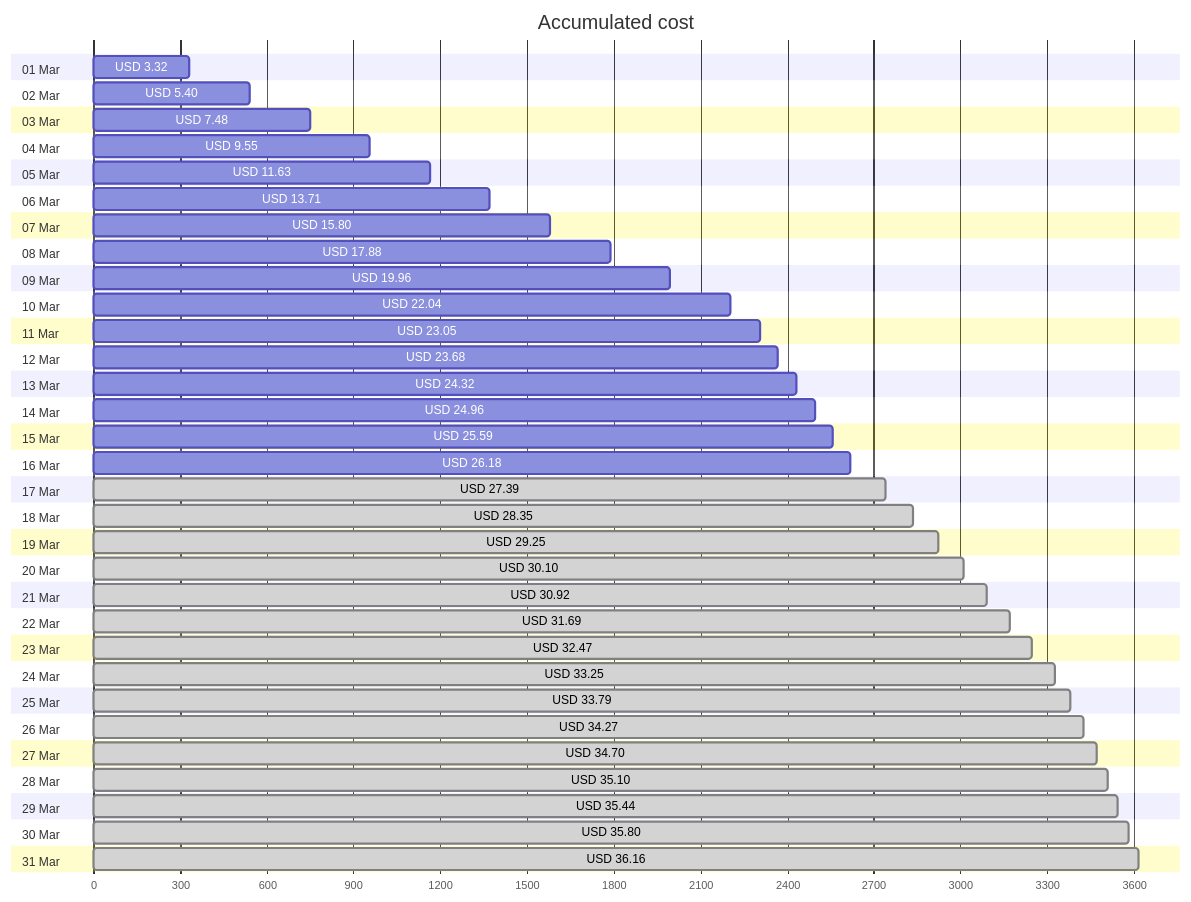
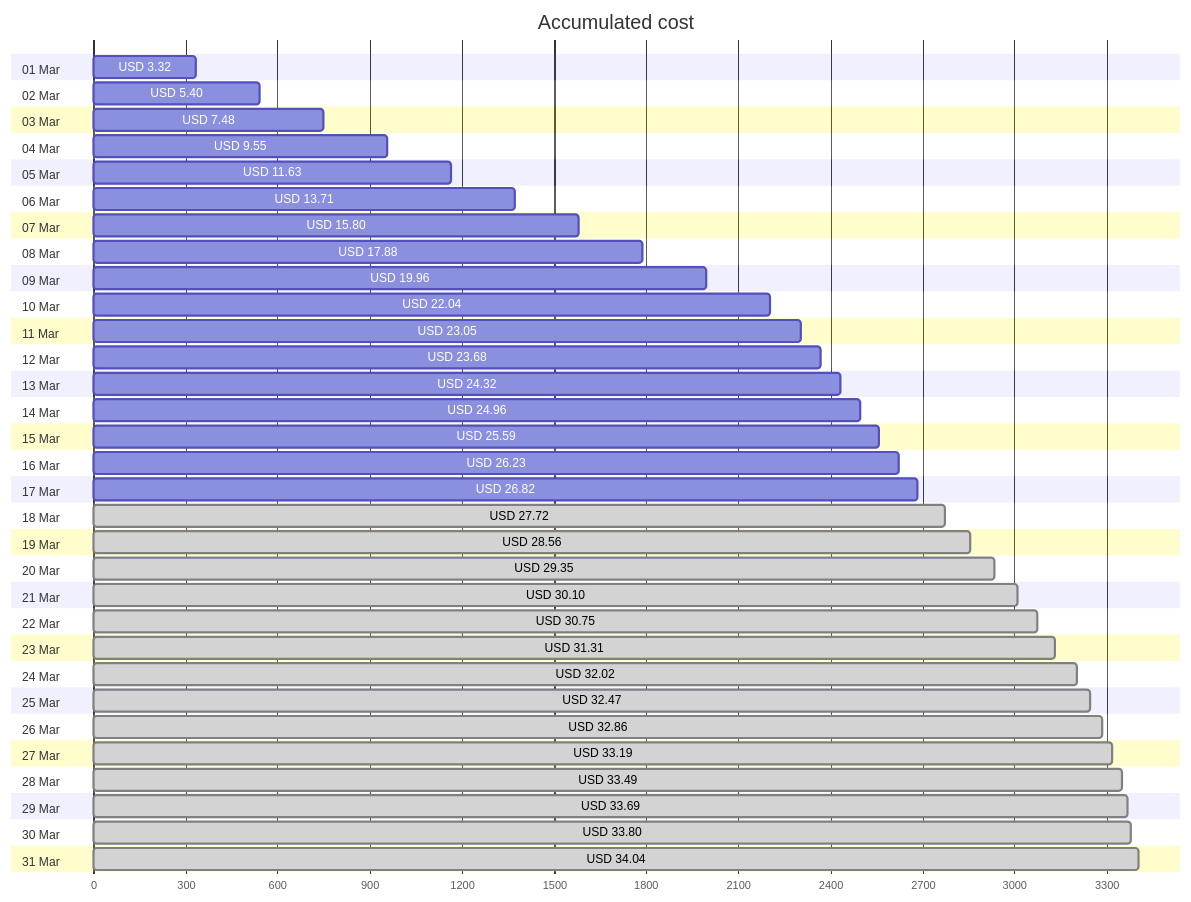
The first of 4 diagrams in cost-reports/accumulated-cost.md (jpfulton/azure-personal-reports), drawn with Mermaid before and after one commit. The commit also changed other lines of this file and 4 other files, not shown here.

````diff
--- a/cost-reports/accumulated-cost.md
+++ b/cost-reports/accumulated-cost.md
@@ -20,68 +20,68 @@
 ```mermaid
 gantt
    title Accumulated cost
    dateFormat  X
    axisFormat %s
    section 01 Mar
    USD 3.32 :0, 332
    section 02 Mar
    USD 5.40 :0, 540
    section 03 Mar
    USD 7.48 :0, 748
    section 04 Mar
    USD 9.55 :0, 955
    section 05 Mar
    USD 11.63 :0, 1163
    section 06 Mar
    USD 13.71 :0, 1371
    section 07 Mar
    USD 15.80 :0, 1580
    section 08 Mar
    USD 17.88 :0, 1788
    section 09 Mar
    USD 19.96 :0, 1996
    section 10 Mar
    USD 22.04 :0, 2204
    section 11 Mar
    USD 23.05 :0, 2305
    section 12 Mar
    USD 23.68 :0, 2368
    section 13 Mar
    USD 24.32 :0, 2432
    section 14 Mar
    USD 24.96 :0, 2496
    section 15 Mar
    USD 25.59 :0, 2559
    section 16 Mar
-   USD 26.18 :0, 2618
+   USD 26.23 :0, 2623
    section 17 Mar
-   USD 27.39 : done, 0, 2739
+   USD 26.82 :0, 2682
    section 18 Mar
-   USD 28.35 : done, 0, 2835
+   USD 27.72 : done, 0, 2772
    section 19 Mar
-   USD 29.25 : done, 0, 2925
+   USD 28.56 : done, 0, 2856
    section 20 Mar
+   USD 29.35 : done, 0, 2935
+   section 21 Mar
    USD 30.10 : done, 0, 3010
-   section 21 Mar
-   USD 30.92 : done, 0, 3092
    section 22 Mar
-   USD 31.69 : done, 0, 3169
+   USD 30.75 : done, 0, 3075
    section 23 Mar
+   USD 31.31 : done, 0, 3131
+   section 24 Mar
+   USD 32.02 : done, 0, 3202
+   section 25 Mar
    USD 32.47 : done, 0, 3247
-   section 24 Mar
-   USD 33.25 : done, 0, 3325
-   section 25 Mar
-   USD 33.79 : done, 0, 3379
    section 26 Mar
-   USD 34.27 : done, 0, 3427
+   USD 32.86 : done, 0, 3286
    section 27 Mar
-   USD 34.70 : done, 0, 3470
+   USD 33.19 : done, 0, 3319
    section 28 Mar
-   USD 35.10 : done, 0, 3510
+   USD 33.49 : done, 0, 3349
    section 29 Mar
-   USD 35.44 : done, 0, 3544
+   USD 33.69 : done, 0, 3369
    section 30 Mar
-   USD 35.80 : done, 0, 3580
+   USD 33.80 : done, 0, 3380
    section 31 Mar
-   USD 36.16 : done, 0, 3616
+   USD 34.04 : done, 0, 3404
 ```
````
